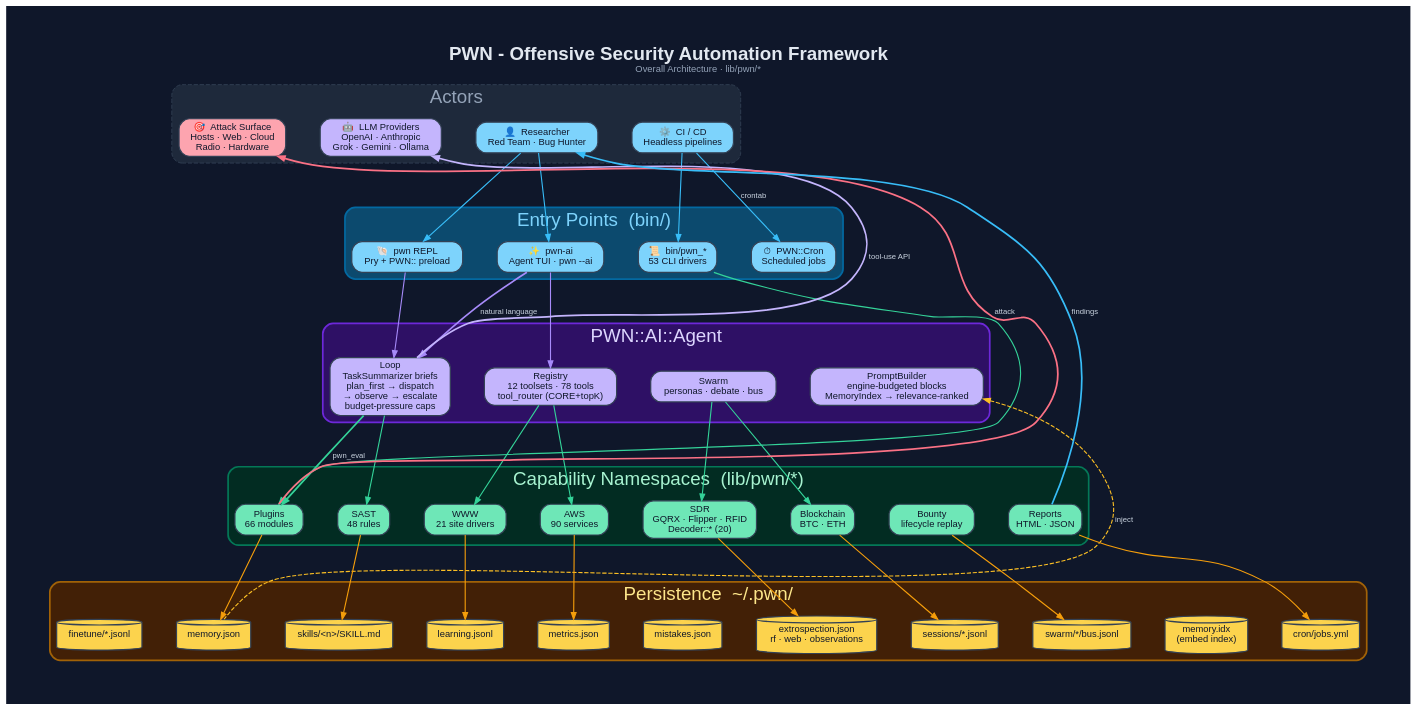
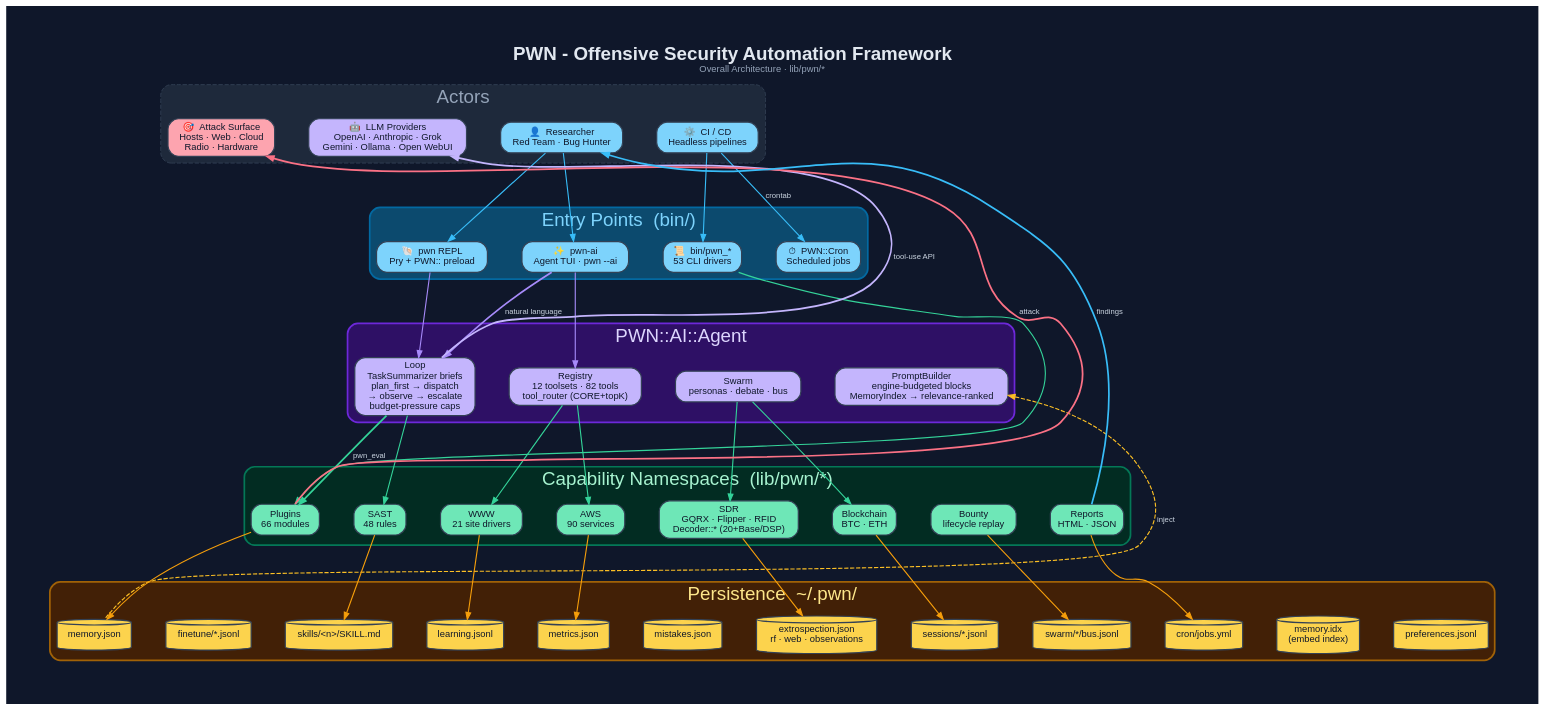
Before and after one commit to 0dayInc/pwn: the diagram in documentation/diagrams/dot/overall-pwn-architecture.dot, drawn with Graphviz. The commit also changed 39 other files, not shown here.

```diff
--- a/documentation/diagrams/dot/overall-pwn-architecture.dot
+++ b/documentation/diagrams/dot/overall-pwn-architecture.dot
@@ -1,119 +1,121 @@
 digraph "PWN_Overall_Architecture" {
   graph [
     label=<<B>PWN - Offensive Security Automation Framework</B><BR/><FONT POINT-SIZE="11" COLOR="#94a3b8">Overall Architecture · lib/pwn/*</FONT>>,
     labelloc=t, fontsize=22, fontname="Helvetica",
     rankdir=TB, splines=spline, nodesep=0.55, ranksep=1.15,
     bgcolor="#0f172a", fontcolor="#e2e8f0", pad=0.6, compound=true, newrank=true
   ];
   node [fontname="Helvetica", fontsize=11, style="filled,rounded",
         shape=box, penwidth=1.4, color="#334155", fontcolor="#0f172a"];
   edge [fontname="Helvetica", fontsize=9, color="#94a3b8",
         fontcolor="#cbd5e1", penwidth=1.3, arrowsize=0.8];
 
   /* ───────── L0 · ACTORS ───────── */
   subgraph cluster_actors {
     label="Actors"; fontcolor="#94a3b8"; style="rounded,dashed";
     color="#334155"; bgcolor="#1e293b";
     User   [label="👤  Researcher\nRed Team · Bug Hunter", fillcolor="#7dd3fc"];
     CI     [label="⚙️  CI / CD\nHeadless pipelines",       fillcolor="#7dd3fc"];
-    LLM    [label="🤖  LLM Providers\nOpenAI · Anthropic\nGrok · Gemini · Ollama", fillcolor="#c4b5fd"];
+    LLM    [label="🤖  LLM Providers\nOpenAI · Anthropic · Grok\nGemini · Ollama · Open WebUI", fillcolor="#c4b5fd"];
     Target [label="🎯  Attack Surface\nHosts · Web · Cloud\nRadio · Hardware", fillcolor="#fda4af"];
   }
   {rank=same; User; CI; LLM; Target}
 
   /* ───────── L1 · ENTRY POINTS ───────── */
   subgraph cluster_entry {
     label="Entry Points  (bin/)"; fontcolor="#7dd3fc";
     style=rounded; color="#0369a1"; bgcolor="#0c4a6e"; penwidth=2;
     REPL  [label="🐚  pwn REPL\nPry + PWN:: preload",       fillcolor="#7dd3fc"];
     PwnAI [label="✨  pwn-ai\nAgent TUI · pwn --ai",         fillcolor="#7dd3fc"];
     CLI   [label="📜  bin/pwn_*\n53 CLI drivers",            fillcolor="#7dd3fc"];
     Cronb [label="⏱  PWN::Cron\nScheduled jobs",            fillcolor="#7dd3fc"];
   }
   {rank=same; REPL; PwnAI; CLI; Cronb}
 
   /* ───────── L2 · AI AGENT CORE ───────── */
   subgraph cluster_agent {
     label="PWN::AI::Agent"; fontcolor="#ddd6fe";
     style=rounded; color="#6d28d9"; bgcolor="#2e1065"; penwidth=2;
     Loop     [label="Loop\nTaskSummarizer briefs\nplan_first → dispatch\n→ observe → escalate\nbudget-pressure caps",      fillcolor="#c4b5fd"];
-    Registry [label="Registry\n12 toolsets · 78 tools\ntool_router (CORE+topK)",    fillcolor="#c4b5fd"];
+    Registry [label="Registry\n12 toolsets · 82 tools\ntool_router (CORE+topK)",    fillcolor="#c4b5fd"];
     Swarm    [label="Swarm\npersonas · debate · bus",        fillcolor="#c4b5fd"];
     Prompt   [label="PromptBuilder\nengine-budgeted blocks\nMemoryIndex → relevance-ranked",fillcolor="#c4b5fd"];
   }
   {rank=same; Loop; Registry; Swarm; Prompt}
 
   /* ───────── L3 · CAPABILITY NAMESPACES ───────── */
   subgraph cluster_caps {
     label="Capability Namespaces  (lib/pwn/*)"; fontcolor="#a7f3d0";
     style=rounded; color="#047857"; bgcolor="#022c22"; penwidth=2;
     Plugins [label="Plugins\n66 modules",     fillcolor="#6ee7b7"];
     SAST    [label="SAST\n48 rules",          fillcolor="#6ee7b7"];
     WWW     [label="WWW\n21 site drivers",    fillcolor="#6ee7b7"];
     AWS     [label="AWS\n90 services",        fillcolor="#6ee7b7"];
-    SDR     [label="SDR\nGQRX · Flipper · RFID\nDecoder::* (20)", fillcolor="#6ee7b7"];
+    SDR     [label="SDR\nGQRX · Flipper · RFID\nDecoder::* (20+Base/DSP)", fillcolor="#6ee7b7"];
     Chain   [label="Blockchain\nBTC · ETH",   fillcolor="#6ee7b7"];
     Bounty  [label="Bounty\nlifecycle replay", fillcolor="#6ee7b7"];
     Reports [label="Reports\nHTML · JSON",    fillcolor="#6ee7b7"];
   }
   {rank=same; Plugins; SAST; WWW; AWS; SDR; Chain; Bounty; Reports}
 
   /* ───────── L4 · PERSISTENCE (~/.pwn) ───────── */
   subgraph cluster_persist {
     label="Persistence  ~/.pwn/"; fontcolor="#fde68a";
     style=rounded; color="#a16207"; bgcolor="#422006"; penwidth=2;
     Memory   [label="memory.json",       shape=cylinder, fillcolor="#fcd34d"];
     MemIdx   [label="memory.idx\n(embed index)", shape=cylinder, fillcolor="#fcd34d"];
     Skills   [label="skills/<n>/SKILL.md",        shape=cylinder, fillcolor="#fcd34d"];
     Learn    [label="learning.jsonl",     shape=cylinder, fillcolor="#fcd34d"];
     Metrics  [label="metrics.json",       shape=cylinder, fillcolor="#fcd34d"];
     MistF    [label="mistakes.json",      shape=cylinder, fillcolor="#fcd34d"];
     Extro    [label="extrospection.json\nrf · web · observations", shape=cylinder, fillcolor="#fcd34d"];
     Sessions [label="sessions/*.jsonl",   shape=cylinder, fillcolor="#fcd34d"];
     SwarmB   [label="swarm/*/bus.jsonl",  shape=cylinder, fillcolor="#fcd34d"];
     CronF    [label="cron/jobs.yml",      shape=cylinder, fillcolor="#fcd34d"];
     Finetune [label="finetune/*.jsonl", shape=cylinder, fillcolor="#fcd34d"];
+    Prefs    [label="preferences.jsonl", shape=cylinder, fillcolor="#fcd34d"];
   }
-  {rank=same; Memory; MemIdx; Skills; Learn; Metrics; MistF; Extro; Sessions; SwarmB; CronF; Finetune}
+  {rank=same; Memory; MemIdx; Skills; Learn; Metrics; MistF; Extro; Sessions; SwarmB; CronF; Finetune; Prefs}
 
   /* ── L0 → L1 ── */
   User -> REPL   [color="#38bdf8"];
   User -> PwnAI  [color="#38bdf8"];
   CI   -> CLI    [color="#38bdf8"];
   CI   -> Cronb  [label="crontab", color="#38bdf8"];
 
   /* ── L1 → L2 ── */
   REPL  -> Loop     [color="#a78bfa"];
   PwnAI -> Loop     [label="natural language", color="#a78bfa", penwidth=2];
   PwnAI -> Registry [color="#a78bfa"];
   CLI   -> Swarm    [style=invis];
   Cronb -> Prompt   [style=invis];
 
   /* ── L2 → L3 ── */
   Loop     -> Plugins [label="pwn_eval", color="#34d399", penwidth=2];
   Loop     -> SAST    [color="#34d399"];
   Registry -> WWW     [color="#34d399"];
   Registry -> AWS     [color="#34d399"];
   Swarm    -> SDR     [color="#34d399"];
   Swarm    -> Chain   [color="#34d399"];
   Prompt   -> Bounty  [style=invis];
   Prompt   -> Reports [style=invis];
   CLI      -> Plugins [color="#34d399", constraint=false];
 
   /* ── L3 → L4 ── */
   Plugins -> Memory   [color="#f59e0b"];
   SAST    -> Skills   [color="#f59e0b"];
   WWW     -> Learn    [color="#f59e0b"];
   AWS     -> Metrics  [color="#f59e0b"];
   SDR     -> MistF    [style=invis];
   SDR     -> Extro    [color="#f59e0b"];
   Chain   -> Sessions [color="#f59e0b"];
   Bounty  -> SwarmB   [color="#f59e0b"];
   Reports -> CronF    [color="#f59e0b"];
+  Reports -> Prefs    [style=invis];
 
   /* ── side flows (few, non-constraining) ── */
   Loop    -> LLM    [label="tool-use API", color="#c4b5fd", constraint=false, penwidth=2];
   Plugins -> Target [label="attack",       color="#fb7185", constraint=false, penwidth=2];
   Prompt  -> Memory [label="inject", dir=back, color="#fbbf24", constraint=false, style=dashed];
   Reports -> User   [label="findings", color="#38bdf8", constraint=false, penwidth=2];
 }
```
